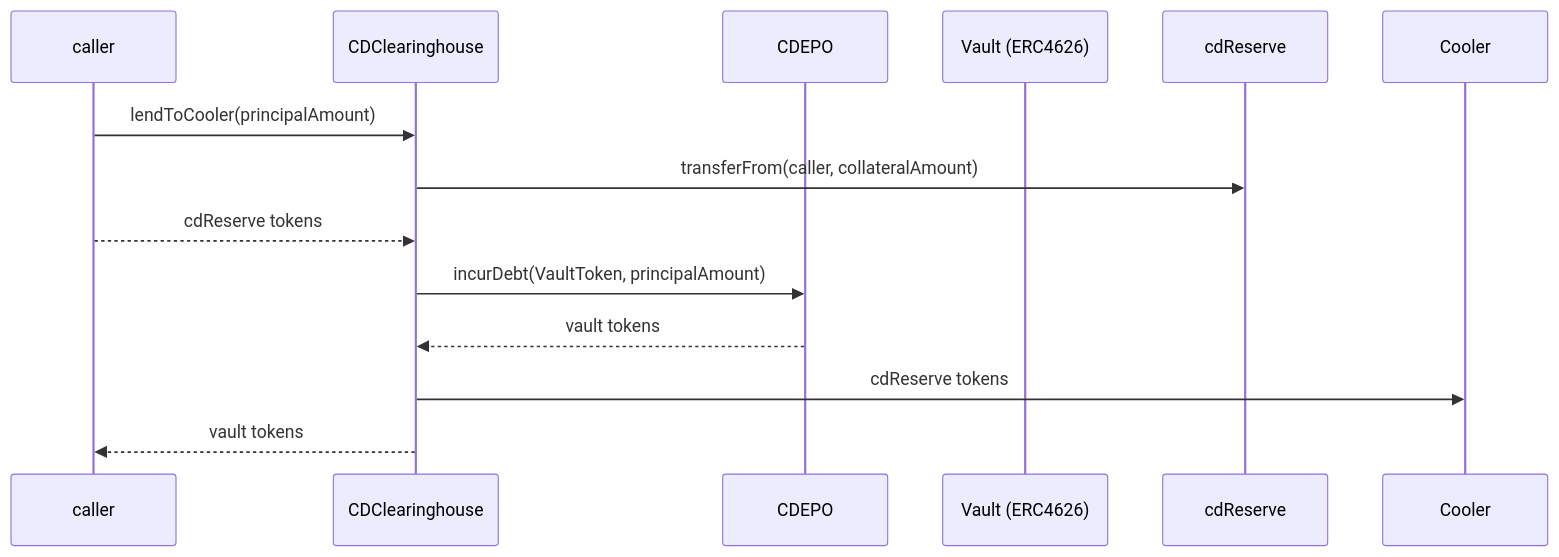
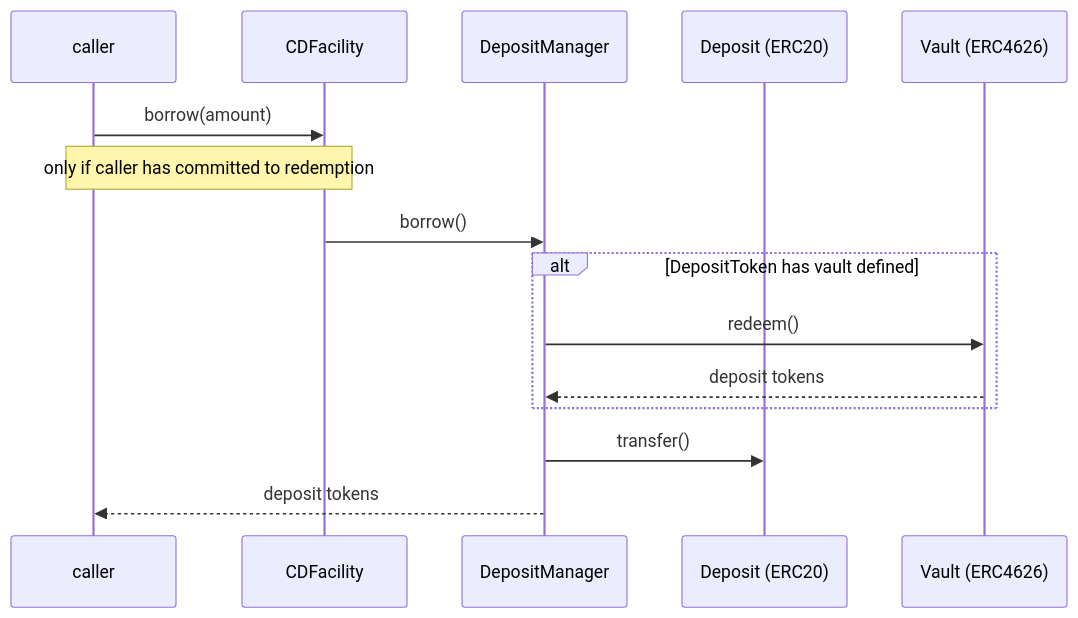
One commit to OlympusDAO/olympus-v3 changed the seventh of 7 diagrams in audit/2025-01_convertible-deposits/README.md. Above: the diagram before and after it, drawn with Mermaid. The commit also changed other lines of this file, not shown here.

Commit message:
Docs on borrowing against receipt tokens

````diff
--- a/audit/2025-01_convertible-deposits/README.md
+++ b/audit/2025-01_convertible-deposits/README.md
@@ -376,17 +376,18 @@
 ```mermaid
 sequenceDiagram
     participant caller
-    participant CDClearinghouse
-    participant CDEPO
+    participant CDFacility
+    participant DepositManager
+    participant DepositToken as Deposit (ERC20)
     participant VaultToken as Vault (ERC4626)
-    participant cdReserve
-    participant Cooler
 
-    caller->>CDClearinghouse: lendToCooler(principalAmount)
-    CDClearinghouse->>cdReserve: transferFrom(caller, collateralAmount)
-    caller-->>CDClearinghouse: cdReserve tokens
-    CDClearinghouse->>CDEPO: incurDebt(VaultToken, principalAmount)
-    CDEPO-->>CDClearinghouse: vault tokens
-    CDClearinghouse->>Cooler: cdReserve tokens
-    CDClearinghouse-->>caller: vault tokens
+    caller->>CDFacility: borrow(amount)
+    note over caller, CDFacility: only if caller has committed to redemption
+    CDFacility->>DepositManager: borrow()
+    alt DepositToken has vault defined
+    DepositManager->>VaultToken: redeem()
+    VaultToken-->>DepositManager: deposit tokens
+    end
+    DepositManager->>DepositToken: transfer()
+    DepositManager-->>caller: deposit tokens
 ```
````
